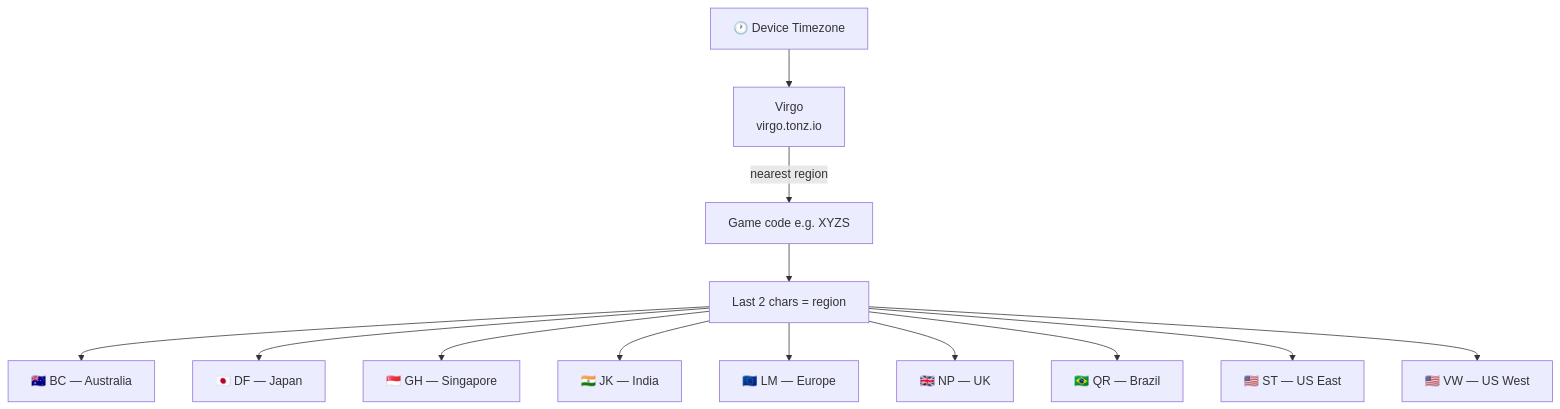
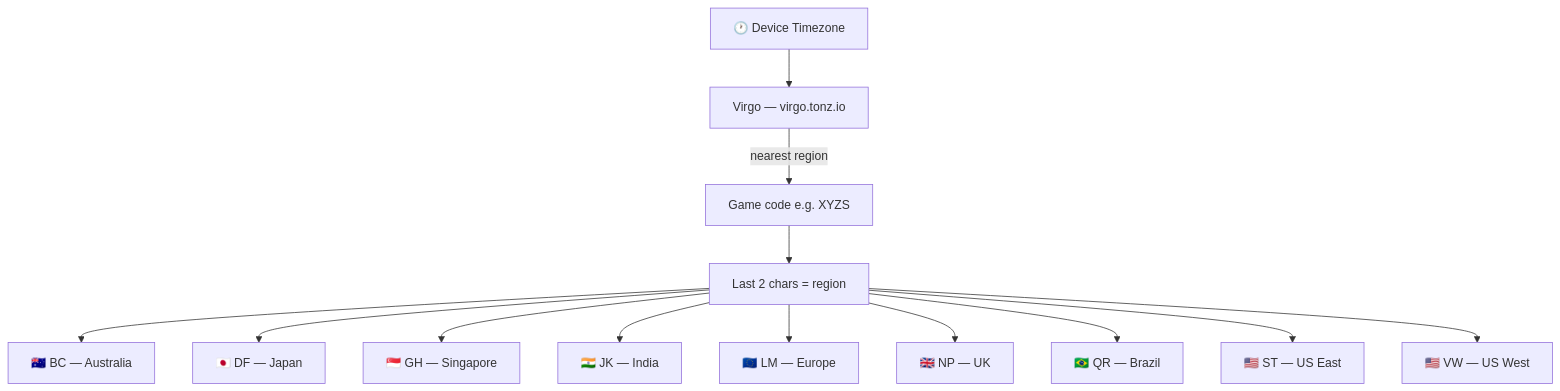
Before and after one commit to mcteamster/rgb: the fifth of 6 diagrams in docs/presentation.md, drawn with Mermaid. The commit also changed other lines of this file and 2 other files, not shown here.

````diff
--- a/docs/presentation.md
+++ b/docs/presentation.md
@@ -98,15 +98,15 @@
 ```mermaid
 flowchart
-  TZ["🕐 Device Timezone"] --> Virgo["Virgo\nvirgo.tonz.io"]
+  TZ["🕐 Device Timezone"] --> Virgo["Virgo — virgo.tonz.io"]
   Virgo -->|"nearest region"| Code["Game code e.g. XYZS"]
   Code --> Last["Last 2 chars = region"]
   Last --> AU["🇦🇺 BC — Australia"]
   Last --> JP["🇯🇵 DF — Japan"]
   Last --> SG["🇸🇬 GH — Singapore"]
   Last --> IN["🇮🇳 JK — India"]
   Last --> EU["🇪🇺 LM — Europe"]
   Last --> UK["🇬🇧 NP — UK"]
   Last --> BR["🇧🇷 QR — Brazil"]
   Last --> USE["🇺🇸 ST — US East"]
   Last --> USW["🇺🇸 VW — US West"]
 ```
````
